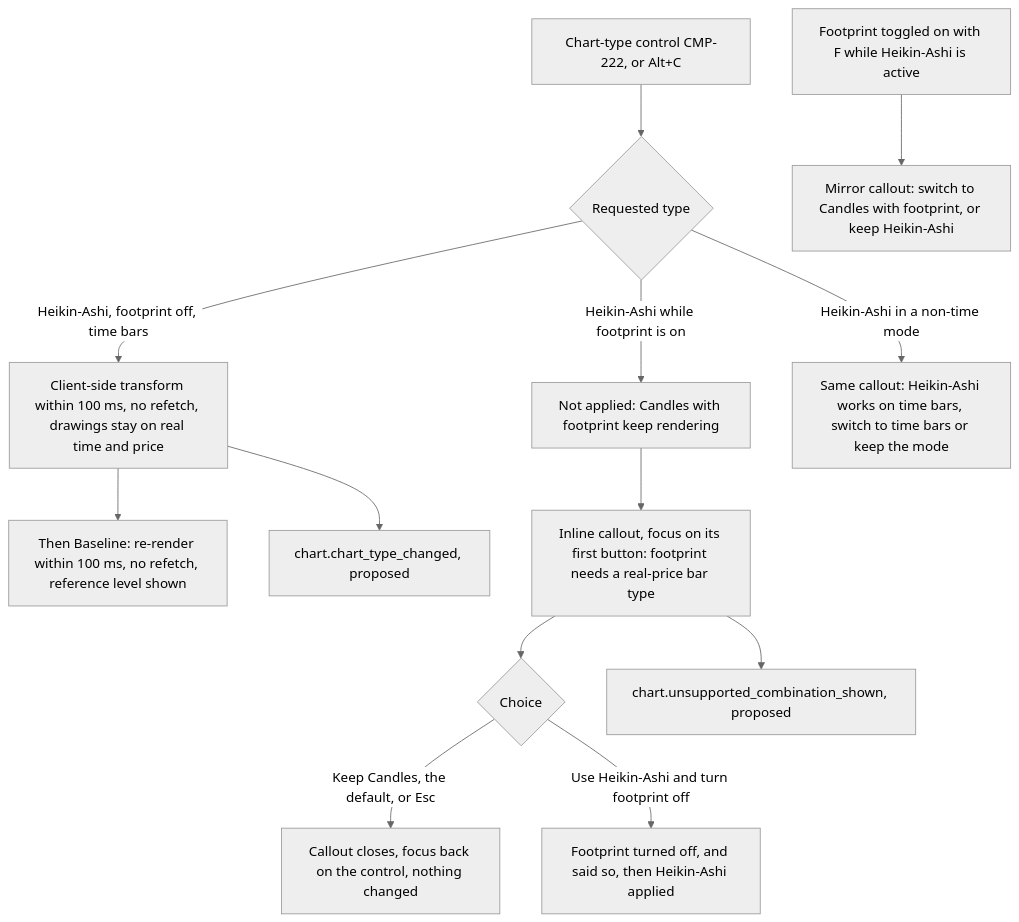
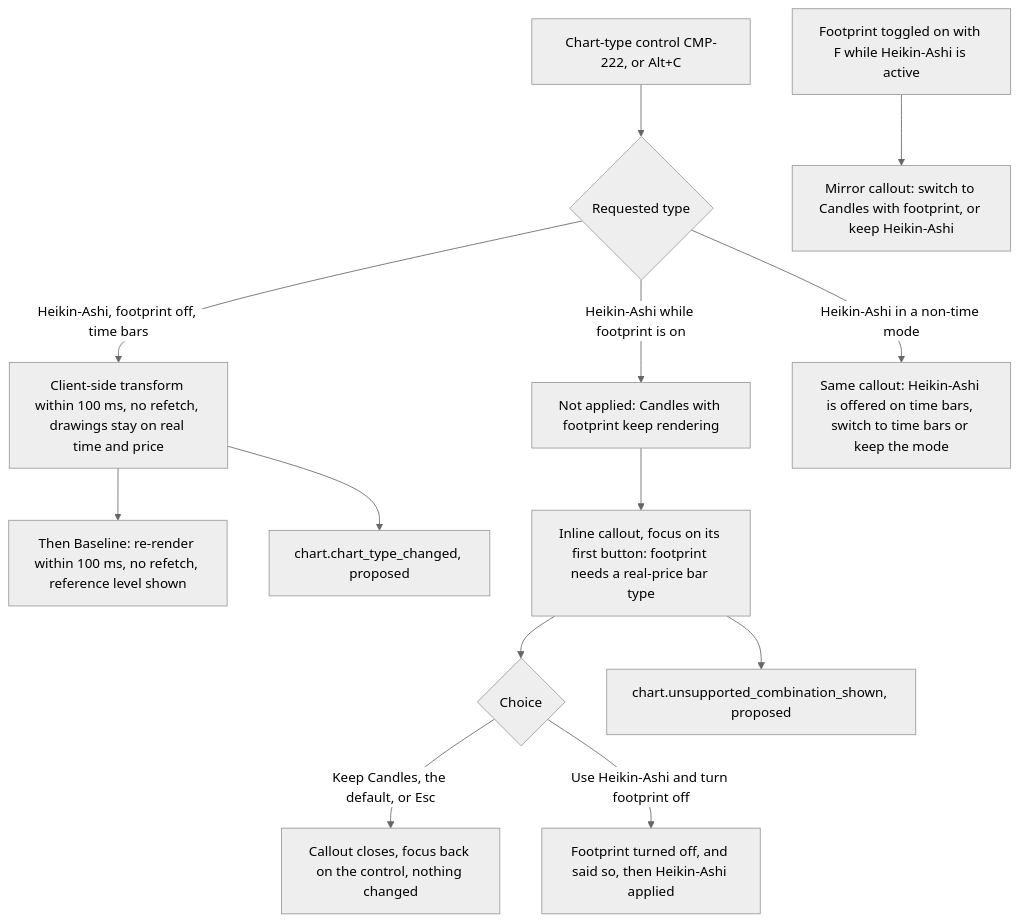
Before and after one commit to CandleViewer/CandleViewer: diagram 29 of 30 in docs/plan/13-user-flows.md, drawn with Mermaid (neutral theme). The commit also changed other lines of this file and 1 other file, not shown here.

First line of the commit message:
docs(chart-engine): fold the round-1 review into the F-BAR flows and SCR-030 matrix

````diff
--- a/docs/plan/13-user-flows.md
+++ b/docs/plan/13-user-flows.md
@@ -840,15 +852,15 @@
 ```mermaid
 flowchart TD
   A4["Chart-type control CMP-222, or Alt+C"] --> B4{"Requested type"}
   B4 -->|Heikin-Ashi, footprint off, time bars| C4["Client-side transform within 100 ms, no refetch, drawings stay on real time and price"]
   C4 --> D4["Then Baseline: re-render within 100 ms, no refetch, reference level shown"]
   B4 -->|Heikin-Ashi while footprint is on| E4["Not applied: Candles with footprint keep rendering"]
   E4 --> F4["Inline callout, focus on its first button: footprint needs a real-price bar type"]
   F4 --> G4{"Choice"}
   G4 -->|Keep Candles, the default, or Esc| H4["Callout closes, focus back on the control, nothing changed"]
   G4 -->|Use Heikin-Ashi and turn footprint off| I4["Footprint turned off, and said so, then Heikin-Ashi applied"]
-  B4 -->|Heikin-Ashi in a non-time mode| J4["Same callout: Heikin-Ashi works on time bars, switch to time bars or keep the mode"]
+  B4 -->|Heikin-Ashi in a non-time mode| J4["Same callout: Heikin-Ashi is offered on time bars, switch to time bars or keep the mode"]
   K4["Footprint toggled on with F while Heikin-Ashi is active"] --> L4["Mirror callout: switch to Candles with footprint, or keep Heikin-Ashi"]
   C4 --> M4["chart.chart_type_changed, proposed"]
   F4 --> N4["chart.unsupported_combination_shown, proposed"]
 ```
````
